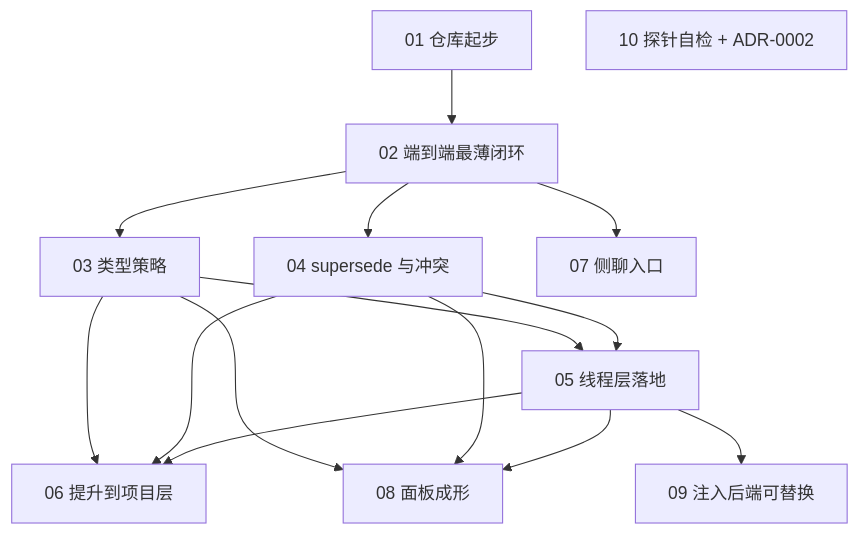
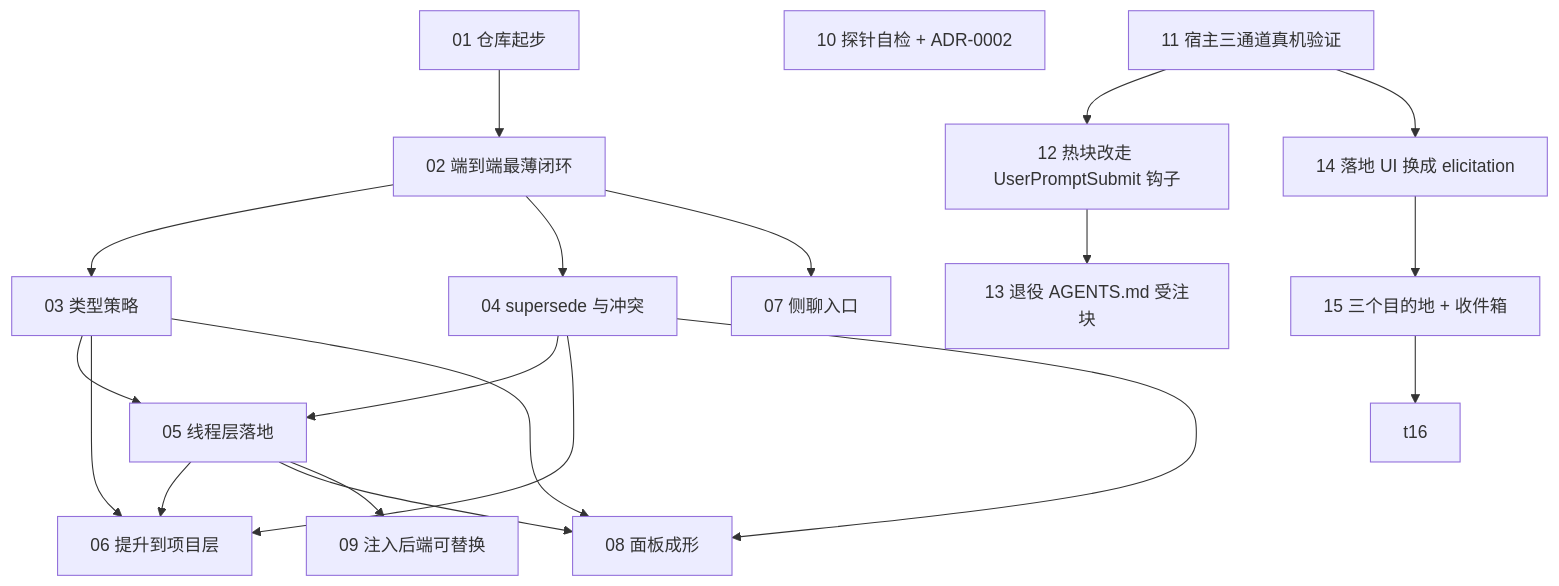
Before and after one commit to PageIV/align: the diagram in .scratch/align/graph.md, drawn with Mermaid. The commit also changed other lines of this file and 44 other files, not shown here.

````diff
--- a/.scratch/align/graph.md
+++ b/.scratch/align/graph.md
@@ -7,27 +7,37 @@
 ```mermaid
 flowchart TD
   t01["01 仓库起步"]
   t02["02 端到端最薄闭环"]
   t03["03 类型策略"]
   t04["04 supersede 与冲突"]
   t05["05 线程层落地"]
   t06["06 提升到项目层"]
   t07["07 侧聊入口"]
   t08["08 面板成形"]
   t09["09 注入后端可替换"]
   t10["10 探针自检 + ADR-0002"]
+  t11["11 宿主三通道真机验证"]
+  t12["12 热块改走 UserPromptSubmit 钩子"]
+  t13["13 退役 AGENTS.md 受注块"]
+  t14["14 落地 UI 换成 elicitation"]
+  t15["15 三个目的地 + 收件箱"]
 
   t01 --> t02
   t02 --> t03
   t02 --> t04
   t02 --> t07
   t03 --> t05
   t04 --> t05
   t03 --> t06
   t04 --> t06
   t05 --> t06
   t03 --> t08
   t04 --> t08
   t05 --> t08
   t05 --> t09
+  t11 --> t12
+  t12 --> t13
+  t11 --> t14
+  t14 --> t15
+  t15 --> t16
 ```
````
